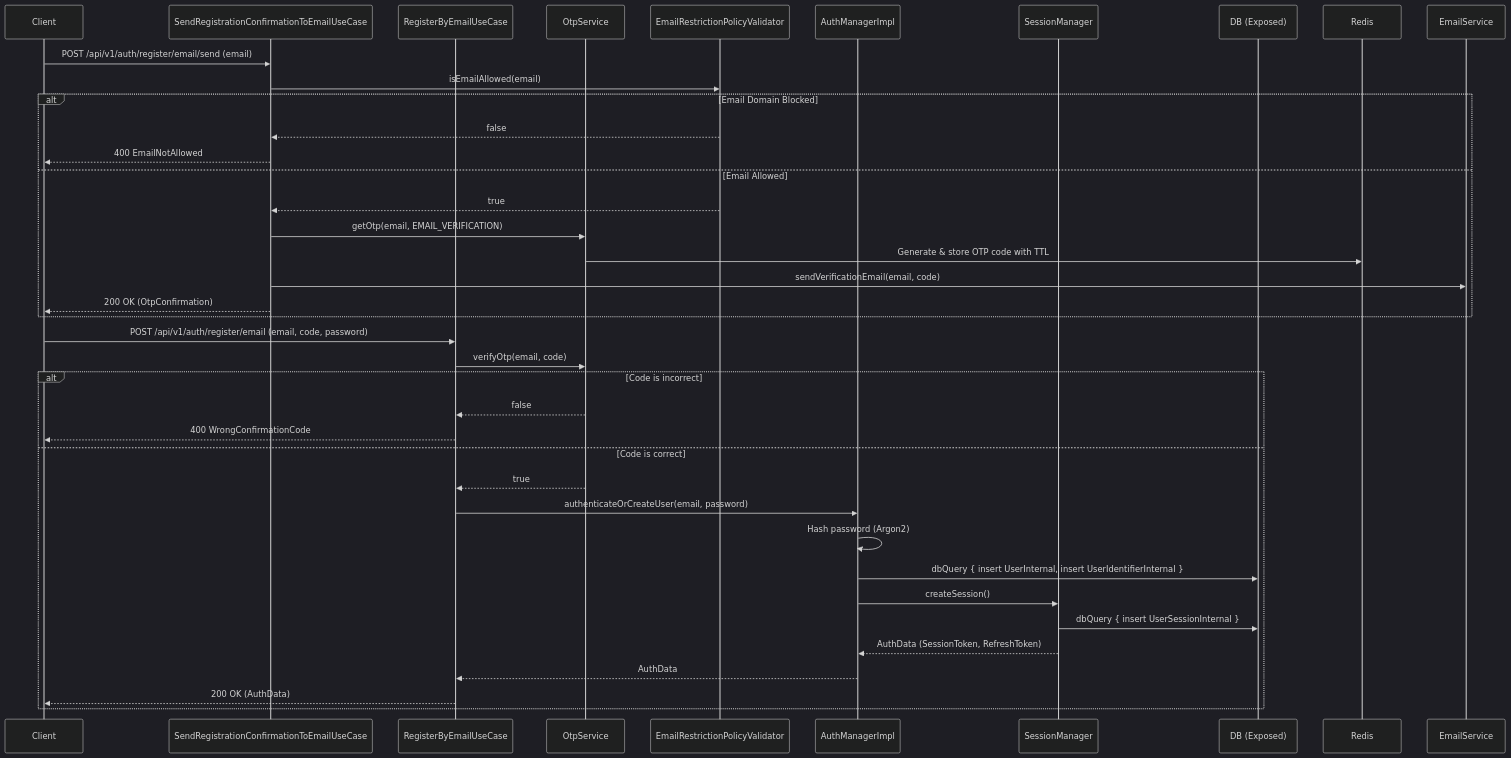
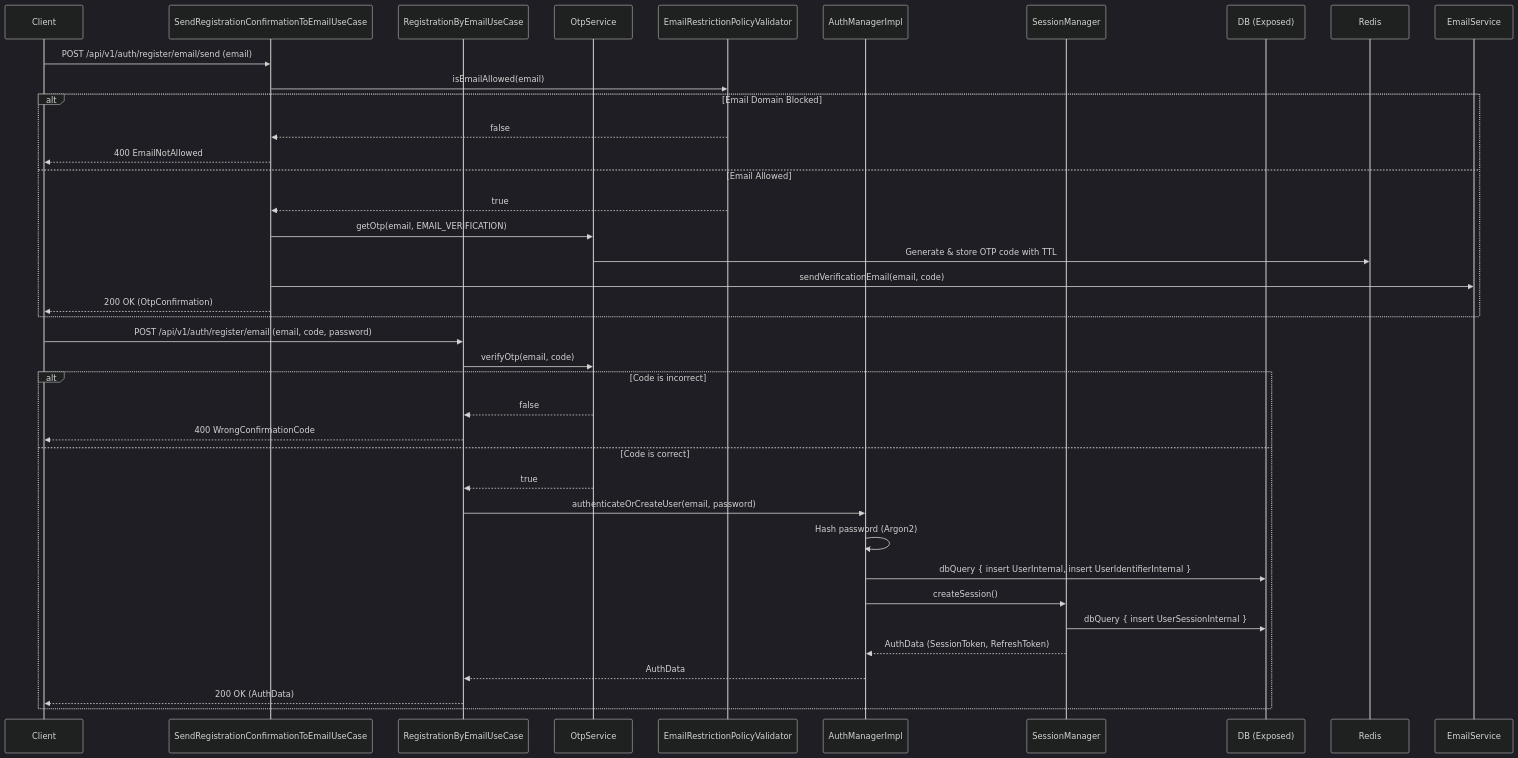
The first of 5 diagrams in docs/architecture/flows/authentication.md (mudrichenkoevgeny/backend-platform-sdk), drawn with Mermaid (dark theme) before and after one commit. The commit also changed 14 other files, not shown here.

````diff
--- a/docs/architecture/flows/authentication.md
+++ b/docs/architecture/flows/authentication.md
@@ -9,47 +9,47 @@
 ```mermaid
 sequenceDiagram
     participant Client
     participant SendOTP as SendRegistrationConfirmationToEmailUseCase
-    participant Register as RegisterByEmailUseCase
+    participant Register as RegistrationByEmailUseCase
     participant OtpService
     participant EmailPolicy as EmailRestrictionPolicyValidator
     participant AuthManager as AuthManagerImpl
     participant Session as SessionManager
     participant Postgres as DB (Exposed)
 
     %% Step 1: Request OTP
     Client->>SendOTP: POST /api/v1/auth/register/email/send (email)
     SendOTP->>EmailPolicy: isEmailAllowed(email)
     
     alt Email Domain Blocked
         EmailPolicy-->>SendOTP: false
         SendOTP-->>Client: 400 EmailNotAllowed
     else Email Allowed
         EmailPolicy-->>SendOTP: true
         SendOTP->>OtpService: getOtp(email, EMAIL_VERIFICATION)
         OtpService->>Redis: Generate & store OTP code with TTL
         SendOTP->>EmailService: sendVerificationEmail(email, code)
         SendOTP-->>Client: 200 OK (OtpConfirmation)
     end
 
     %% Step 2: Submit Registration
     Client->>Register: POST /api/v1/auth/register/email (email, code, password)
     Register->>OtpService: verifyOtp(email, code)
     
     alt Code is incorrect
         OtpService-->>Register: false
         Register-->>Client: 400 WrongConfirmationCode
     else Code is correct
         OtpService-->>Register: true
         Register->>AuthManager: authenticateOrCreateUser(email, password)
         AuthManager->>AuthManager: Hash password (Argon2)
         AuthManager->>Postgres: dbQuery { insert UserInternal, insert UserIdentifierInternal }
         
         AuthManager->>Session: createSession()
         Session->>Postgres: dbQuery { insert UserSessionInternal }
         Session-->>AuthManager: AuthData (SessionToken, RefreshToken)
         
         AuthManager-->>Register: AuthData
         Register-->>Client: 200 OK (AuthData)
     end
 ```
````
